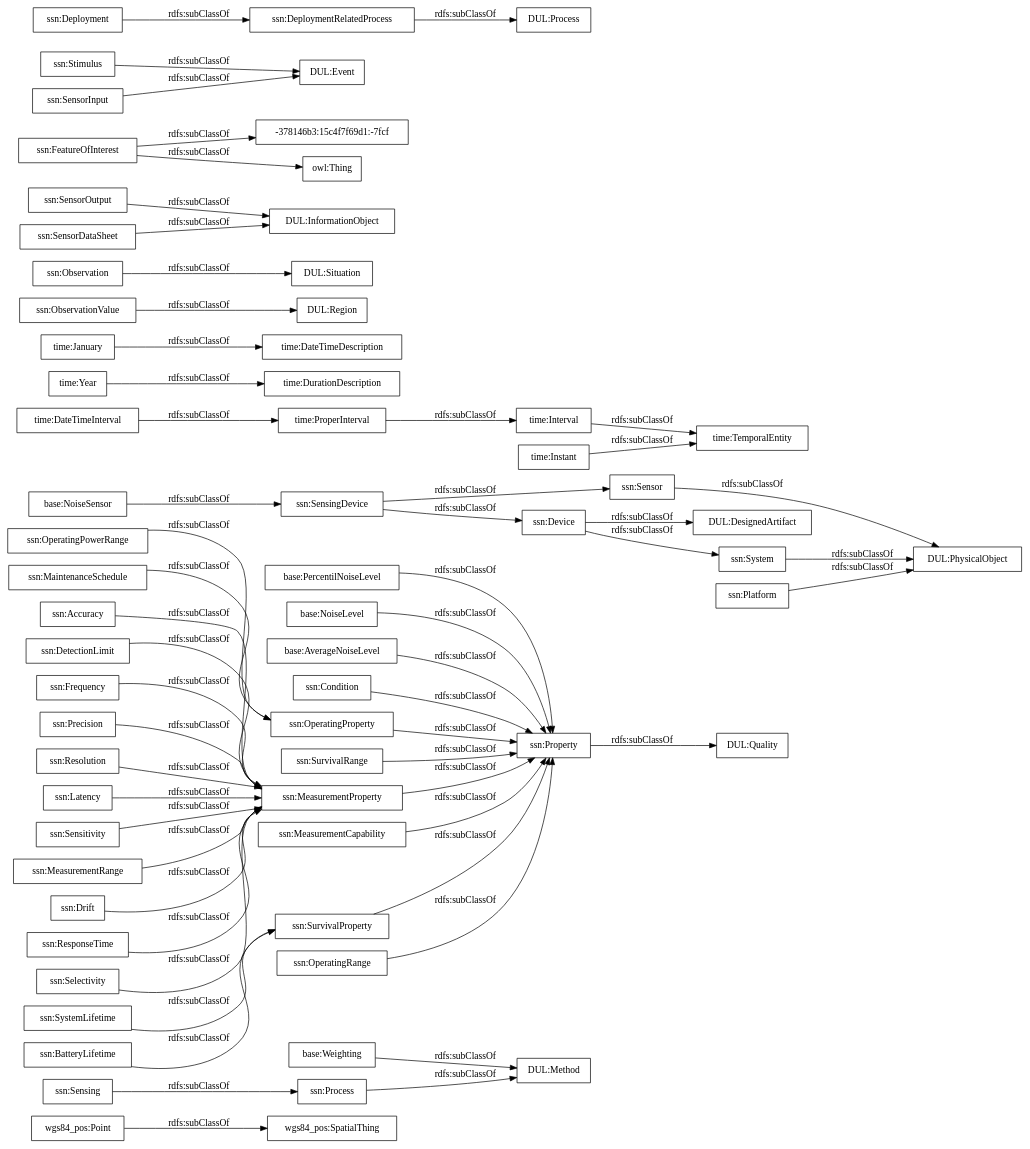
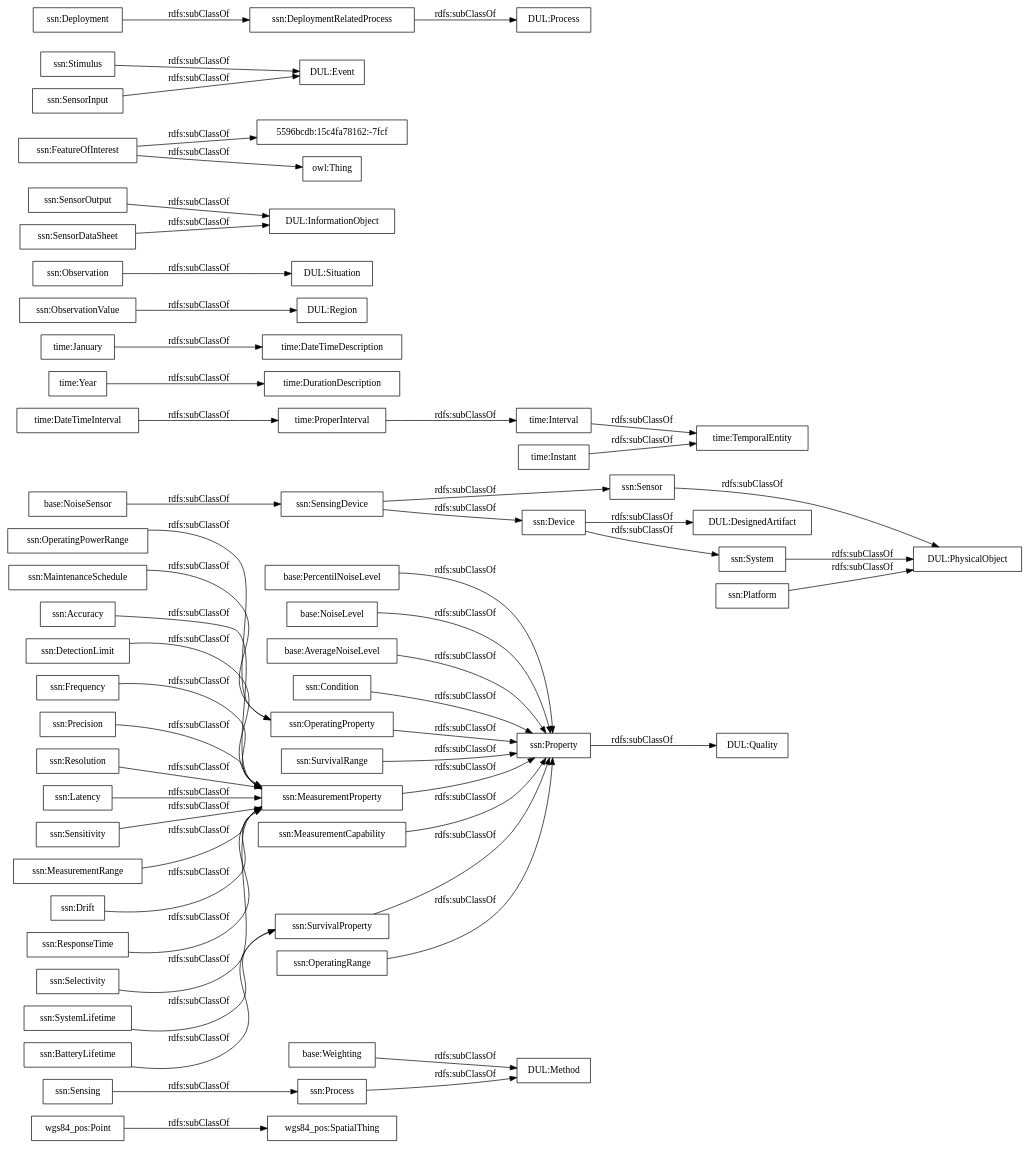
Before and after one commit to paoespinozarias/ContaminacionAcustica-Ontology: the diagram in OnToology/contaminacion-acustica.owl/diagrams/ar2dtool-taxonomy/contaminacion-acustica.owl.png.dot, drawn with Graphviz. The commit also changed 10 other files, not shown here.

```diff
--- a/OnToology/contaminacion-acustica.owl/diagrams/ar2dtool-taxonomy/contaminacion-acustica.owl.png.dot
+++ b/OnToology/contaminacion-acustica.owl/diagrams/ar2dtool-taxonomy/contaminacion-acustica.owl.png.dot
@@ -1,60 +1,60 @@
 digraph ar2dtool_diagram { 
 rankdir=LR;
 size="1000"
-node [shape = rectangle, color="black"]; "wgs84_pos:SpatialThing" "wgs84_pos:Point" "base:Weighting" "base:PercentilNoiseLevel" "base:NoiseSensor" "base:NoiseLevel" "base:AverageNoiseLevel" "time:DateTimeInterval" "time:DurationDescription" "time:January" "time:ProperInterval" "time:Interval" "time:TemporalEntity" "time:Year" "time:DateTimeDescription" "time:Instant" "ssn:Accuracy" "ssn:DetectionLimit" "ssn:Frequency" "ssn:Condition" "DUL:Region" "DUL:Situation" "DUL:PhysicalObject" "ssn:SensorOutput" "ssn:Precision" "ssn:Resolution" "DUL:Quality" "ssn:FeatureOfInterest" "ssn:Sensor" "-378146b3:15c4f7f69d1:-7fcf" "DUL:InformationObject" "ssn:OperatingProperty" "DUL:Event" "ssn:OperatingPowerRange" "DUL:Method" "ssn:MaintenanceSchedule" "ssn:Sensing" "ssn:Latency" "ssn:SurvivalRange" "ssn:SensingDevice" "DUL:DesignedArtifact" "ssn:Sensitivity" "ssn:Stimulus" "DUL:Process" "ssn:MeasurementRange" "ssn:System" "ssn:SystemLifetime" "ssn:Property" "ssn:MeasurementProperty" "ssn:Process" "ssn:Deployment" "ssn:MeasurementCapability" "ssn:BatteryLifetime" "ssn:Drift" "ssn:DeploymentRelatedProcess" "ssn:SensorInput" "ssn:ResponseTime" "ssn:ObservationValue" "ssn:SensorDataSheet" "ssn:Observation" "ssn:Selectivity" "ssn:SurvivalProperty" "ssn:Device" "ssn:OperatingRange" "ssn:Platform" ; /*classes style*/
+node [shape = rectangle, color="black"]; "wgs84_pos:SpatialThing" "wgs84_pos:Point" "base:Weighting" "base:PercentilNoiseLevel" "base:NoiseSensor" "base:NoiseLevel" "base:AverageNoiseLevel" "time:DateTimeInterval" "time:DurationDescription" "time:January" "time:ProperInterval" "time:Interval" "time:TemporalEntity" "time:Year" "time:DateTimeDescription" "time:Instant" "ssn:Accuracy" "ssn:DetectionLimit" "ssn:Frequency" "ssn:Condition" "DUL:Region" "DUL:Situation" "DUL:PhysicalObject" "ssn:SensorOutput" "ssn:Precision" "ssn:Resolution" "DUL:Quality" "ssn:FeatureOfInterest" "ssn:Sensor" "DUL:InformationObject" "ssn:OperatingProperty" "DUL:Event" "ssn:OperatingPowerRange" "DUL:Method" "ssn:MaintenanceSchedule" "ssn:Sensing" "ssn:Latency" "5596bcdb:15c4fa78162:-7fcf" "ssn:SurvivalRange" "ssn:SensingDevice" "DUL:DesignedArtifact" "ssn:Sensitivity" "ssn:Stimulus" "DUL:Process" "ssn:MeasurementRange" "ssn:System" "ssn:SystemLifetime" "ssn:Property" "ssn:MeasurementProperty" "ssn:Process" "ssn:Deployment" "ssn:MeasurementCapability" "ssn:BatteryLifetime" "ssn:Drift" "ssn:DeploymentRelatedProcess" "ssn:SensorInput" "ssn:ResponseTime" "ssn:ObservationValue" "ssn:SensorDataSheet" "ssn:Observation" "ssn:Selectivity" "ssn:SurvivalProperty" "ssn:Device" "ssn:OperatingRange" "ssn:Platform" ; /*classes style*/
 	"base:AverageNoiseLevel" -> "ssn:Property" [ label = "rdfs:subClassOf" ];
 	"ssn:Deployment" -> "ssn:DeploymentRelatedProcess" [ label = "rdfs:subClassOf" ];
 	"ssn:SensingDevice" -> "ssn:Sensor" [ label = "rdfs:subClassOf" ];
 	"ssn:SensingDevice" -> "ssn:Device" [ label = "rdfs:subClassOf" ];
 	"ssn:DeploymentRelatedProcess" -> "DUL:Process" [ label = "rdfs:subClassOf" ];
 	"ssn:Accuracy" -> "ssn:MeasurementProperty" [ label = "rdfs:subClassOf" ];
 	"time:Instant" -> "time:TemporalEntity" [ label = "rdfs:subClassOf" ];
 	"ssn:FeatureOfInterest" -> "owl:Thing" [ label = "rdfs:subClassOf" ];
-	"ssn:FeatureOfInterest" -> "-378146b3:15c4f7f69d1:-7fcf" [ label = "rdfs:subClassOf" ];
+	"ssn:FeatureOfInterest" -> "5596bcdb:15c4fa78162:-7fcf" [ label = "rdfs:subClassOf" ];
 	"ssn:Latency" -> "ssn:MeasurementProperty" [ label = "rdfs:subClassOf" ];
 	"ssn:Process" -> "DUL:Method" [ label = "rdfs:subClassOf" ];
 	"base:Weighting" -> "DUL:Method" [ label = "rdfs:subClassOf" ];
 	"time:ProperInterval" -> "time:Interval" [ label = "rdfs:subClassOf" ];
 	"ssn:Property" -> "DUL:Quality" [ label = "rdfs:subClassOf" ];
 	"ssn:MeasurementProperty" -> "ssn:Property" [ label = "rdfs:subClassOf" ];
 	"wgs84_pos:Point" -> "wgs84_pos:SpatialThing" [ label = "rdfs:subClassOf" ];
 	"ssn:ResponseTime" -> "ssn:MeasurementProperty" [ label = "rdfs:subClassOf" ];
 	"ssn:OperatingRange" -> "ssn:Property" [ label = "rdfs:subClassOf" ];
 	"base:NoiseLevel" -> "ssn:Property" [ label = "rdfs:subClassOf" ];
 	"ssn:MeasurementRange" -> "ssn:MeasurementProperty" [ label = "rdfs:subClassOf" ];
 	"ssn:Stimulus" -> "DUL:Event" [ label = "rdfs:subClassOf" ];
 	"ssn:SurvivalProperty" -> "ssn:Property" [ label = "rdfs:subClassOf" ];
 	"ssn:MaintenanceSchedule" -> "ssn:OperatingProperty" [ label = "rdfs:subClassOf" ];
 	"ssn:SensorInput" -> "DUL:Event" [ label = "rdfs:subClassOf" ];
 	"ssn:Sensitivity" -> "ssn:MeasurementProperty" [ label = "rdfs:subClassOf" ];
 	"ssn:Drift" -> "ssn:MeasurementProperty" [ label = "rdfs:subClassOf" ];
 	"ssn:System" -> "DUL:PhysicalObject" [ label = "rdfs:subClassOf" ];
 	"ssn:Resolution" -> "ssn:MeasurementProperty" [ label = "rdfs:subClassOf" ];
 	"ssn:Precision" -> "ssn:MeasurementProperty" [ label = "rdfs:subClassOf" ];
 	"base:PercentilNoiseLevel" -> "ssn:Property" [ label = "rdfs:subClassOf" ];
 	"ssn:DetectionLimit" -> "ssn:MeasurementProperty" [ label = "rdfs:subClassOf" ];
 	"time:DateTimeInterval" -> "time:ProperInterval" [ label = "rdfs:subClassOf" ];
 	"ssn:Sensor" -> "DUL:PhysicalObject" [ label = "rdfs:subClassOf" ];
 	"ssn:SensorDataSheet" -> "DUL:InformationObject" [ label = "rdfs:subClassOf" ];
 	"ssn:OperatingPowerRange" -> "ssn:OperatingProperty" [ label = "rdfs:subClassOf" ];
 	"time:Interval" -> "time:TemporalEntity" [ label = "rdfs:subClassOf" ];
 	"base:NoiseSensor" -> "ssn:SensingDevice" [ label = "rdfs:subClassOf" ];
 	"time:January" -> "time:DateTimeDescription" [ label = "rdfs:subClassOf" ];
 	"ssn:ObservationValue" -> "DUL:Region" [ label = "rdfs:subClassOf" ];
 	"ssn:Device" -> "DUL:DesignedArtifact" [ label = "rdfs:subClassOf" ];
 	"ssn:Device" -> "ssn:System" [ label = "rdfs:subClassOf" ];
 	"ssn:Platform" -> "DUL:PhysicalObject" [ label = "rdfs:subClassOf" ];
 	"time:Year" -> "time:DurationDescription" [ label = "rdfs:subClassOf" ];
 	"ssn:OperatingProperty" -> "ssn:Property" [ label = "rdfs:subClassOf" ];
 	"ssn:Selectivity" -> "ssn:MeasurementProperty" [ label = "rdfs:subClassOf" ];
 	"ssn:BatteryLifetime" -> "ssn:SurvivalProperty" [ label = "rdfs:subClassOf" ];
 	"ssn:Observation" -> "DUL:Situation" [ label = "rdfs:subClassOf" ];
 	"ssn:Sensing" -> "ssn:Process" [ label = "rdfs:subClassOf" ];
 	"ssn:SystemLifetime" -> "ssn:SurvivalProperty" [ label = "rdfs:subClassOf" ];
 	"ssn:SurvivalRange" -> "ssn:Property" [ label = "rdfs:subClassOf" ];
 	"ssn:Frequency" -> "ssn:MeasurementProperty" [ label = "rdfs:subClassOf" ];
 	"ssn:SensorOutput" -> "DUL:InformationObject" [ label = "rdfs:subClassOf" ];
 	"ssn:Condition" -> "ssn:Property" [ label = "rdfs:subClassOf" ];
 	"ssn:MeasurementCapability" -> "ssn:Property" [ label = "rdfs:subClassOf" ];
 
 }
```
